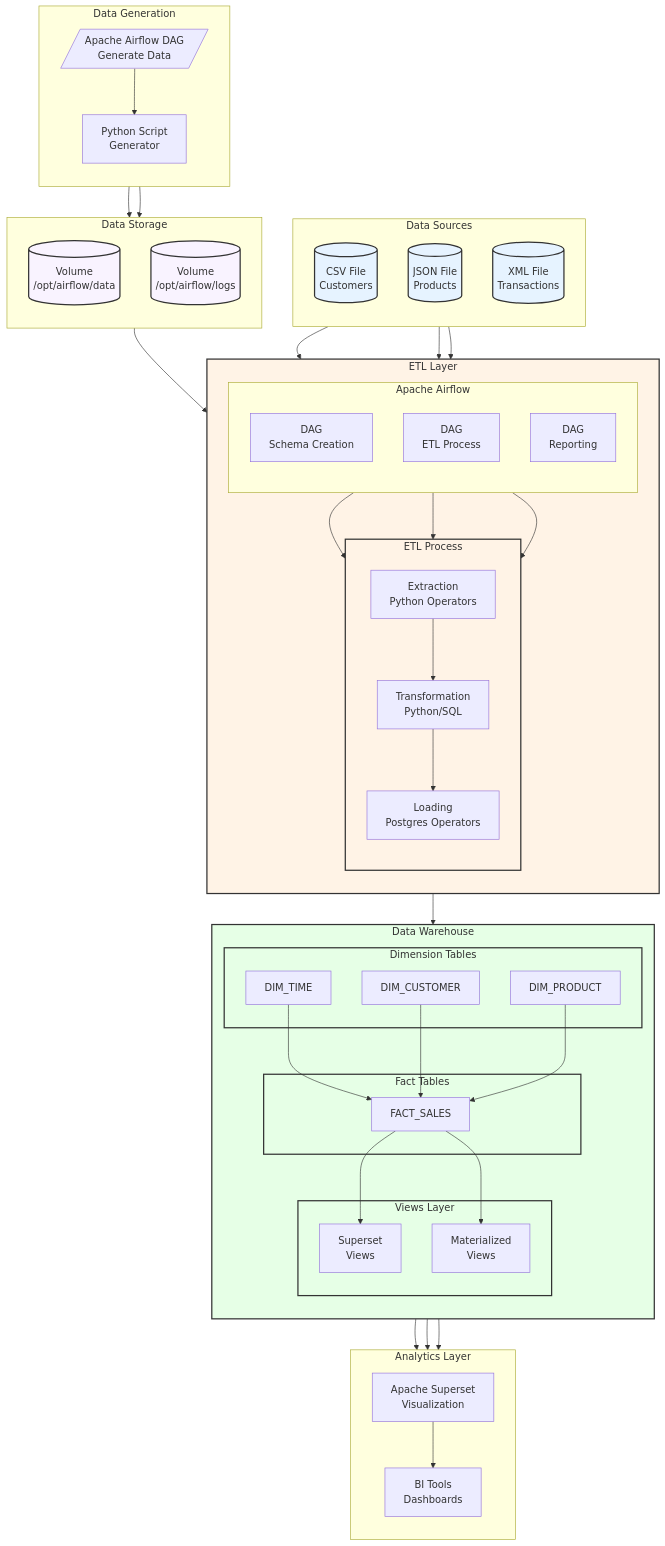
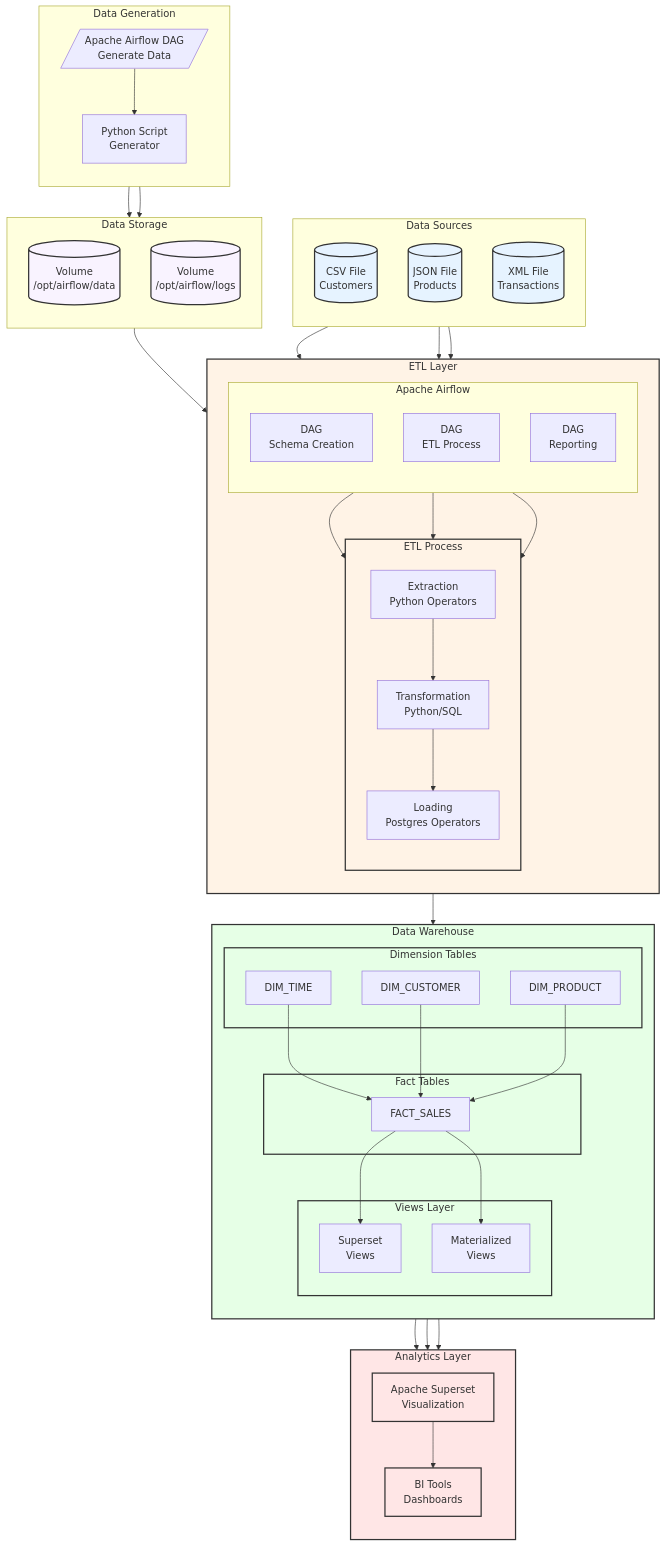
Before and after one commit to Stefen-Taime/datawarehouse: the diagram in README.md, drawn with Mermaid. The commit also changed other lines of this file, not shown here.

````diff
--- a/README.md
+++ b/README.md
@@ -92,5 +91,5 @@
     class VS,LOG storageSystem
     class ETLLayer,Process processSystem
     class Warehouse,Dimensions,Facts,Views warehouseSystem
-    class Analytics,SUP,BI analyticsSystem```plaintext
+    class Analytics,SUP,BI analyticsSystem
 ```
````
